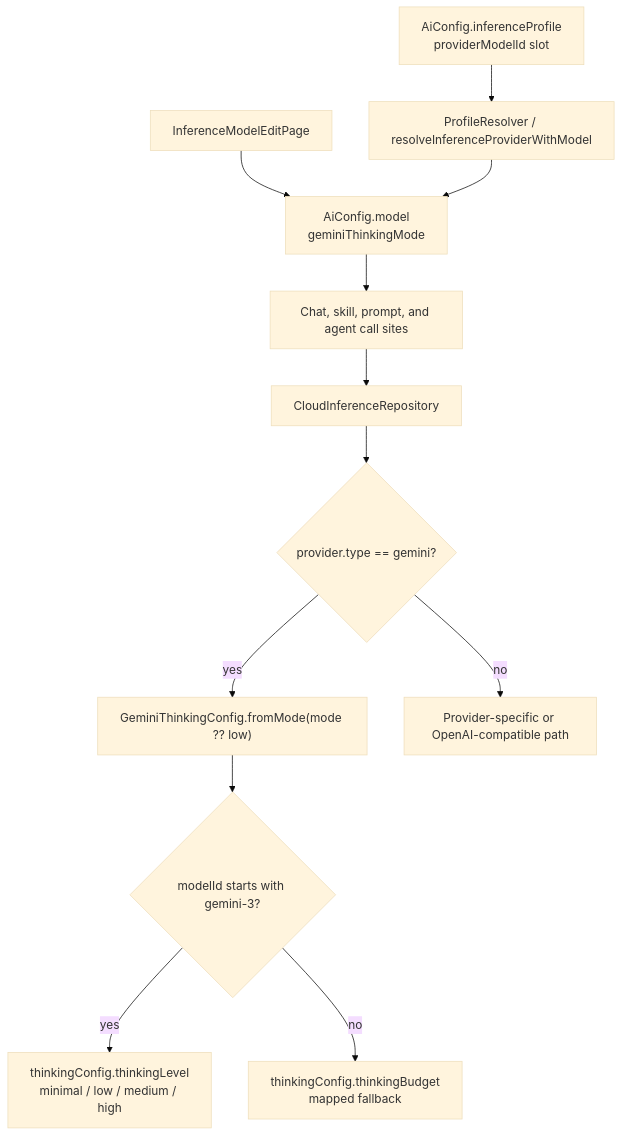
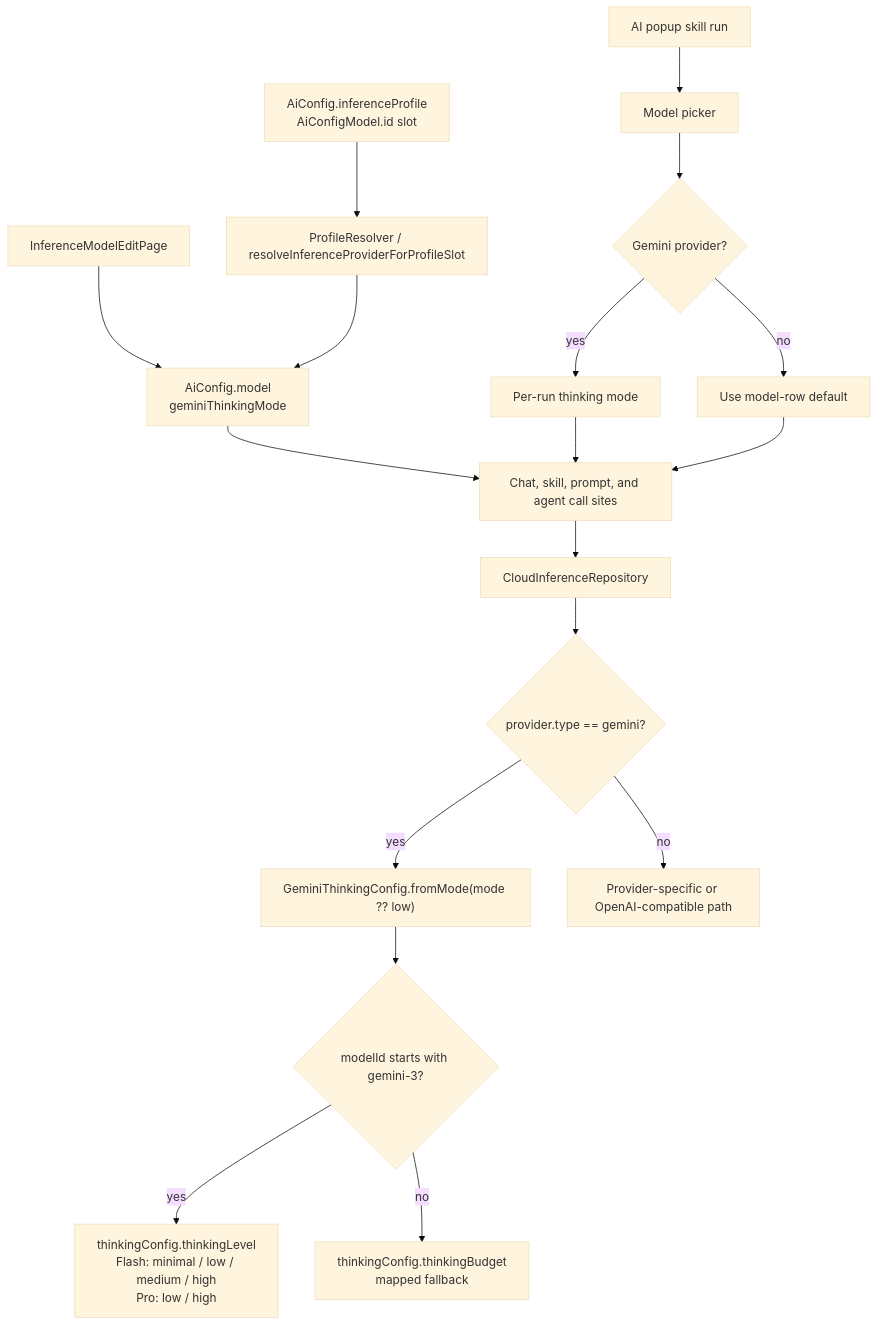
Before and after one commit to matthiasn/lotti: the eighth of 10 diagrams in lib/features/ai/README.md, drawn with Mermaid (base theme). The commit also changed other lines of this file and 48 other files, not shown here.

Commit message:
feat: add config option for Gemini thinking, low by default

````diff
--- a/lib/features/ai/README.md
+++ b/lib/features/ai/README.md
@@ -444,14 +447,20 @@
 ```mermaid
 flowchart TD
   Settings["InferenceModelEditPage"] --> ModelRow["AiConfig.model<br/>geminiThinkingMode"]
-  Profile["AiConfig.inferenceProfile<br/>providerModelId slot"] --> Resolver["ProfileResolver / resolveInferenceProviderWithModel"]
+  Profile["AiConfig.inferenceProfile<br/>AiConfigModel.id slot"] --> Resolver["ProfileResolver / resolveInferenceProviderForProfileSlot"]
   Resolver --> ModelRow
+  Popup["AI popup skill run"] --> ModelPick["Model picker"]
+  ModelPick --> EffortPick{"Gemini provider?"}
+  EffortPick -->|yes| Override["Per-run thinking mode"]
+  EffortPick -->|no| NoOverride["Use model-row default"]
   ModelRow --> CallSite["Chat, skill, prompt, and agent call sites"]
+  Override --> CallSite
+  NoOverride --> CallSite
   CallSite --> Cloud["CloudInferenceRepository"]
   Cloud --> IsGemini{"provider.type == gemini?"}
   IsGemini -->|yes| Config["GeminiThinkingConfig.fromMode(mode ?? low)"]
   IsGemini -->|no| Other["Provider-specific or OpenAI-compatible path"]
   Config --> Gemini3{"modelId starts with gemini-3?"}
-  Gemini3 -->|yes| Level["thinkingConfig.thinkingLevel<br/>minimal / low / medium / high"]
+  Gemini3 -->|yes| Level["thinkingConfig.thinkingLevel<br/>Flash: minimal / low / medium / high<br/>Pro: low / high"]
   Gemini3 -->|no| Budget["thinkingConfig.thinkingBudget<br/>mapped fallback"]
 ```
````
